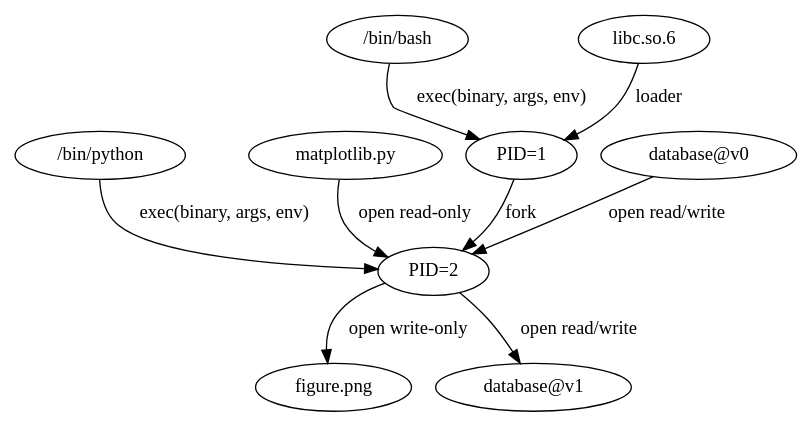
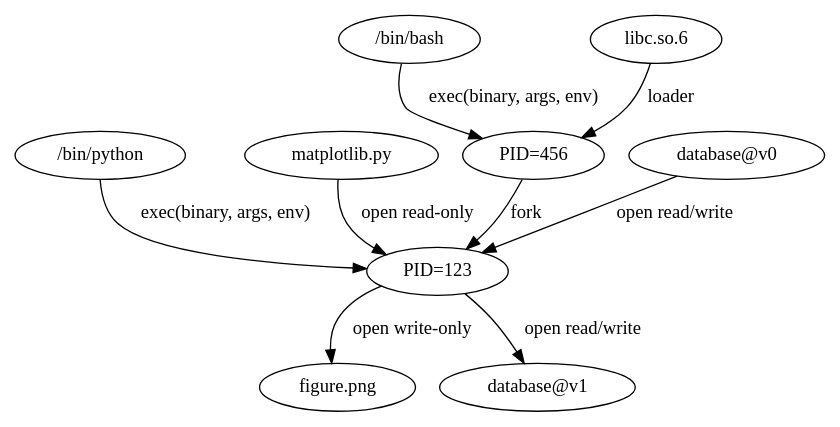
Before and after one commit to charmoniumQ/PROBE: the diagram in docs/benchmark_suite/prov-example.dot, drawn with Graphviz. The commit also changed 5 other files, not shown here.

```diff
--- a/docs/benchmark_suite/prov-example.dot
+++ b/docs/benchmark_suite/prov-example.dot
@@ -1,22 +1,22 @@
 digraph G {
 
   node [label="figure.png"] graph_png;
   node [label="/bin/python"] python;
   node [label="matplotlib.py"] matplotlib;
-  node [label="PID=2"] proc2;
-  node [label="PID=1"] proc1;
+  node [label="PID=123"] proc2;
+  node [label="PID=456"] proc1;
   node [label="/bin/bash"] bash;
   node [label="libc.so.6"] libc;
   node [label="database@v0"] database0;
   node [label="database@v1"] database1;
 
   bash -> proc1 [label="exec(binary, args, env)"];
   libc -> proc1 [label="loader"];
   proc1 -> proc2 [label="fork"];
 
   python -> proc2 [label="exec(binary, args, env)"];
   matplotlib -> proc2 [label="open read-only"];
   database0 -> proc2 [label="open read/write"];
   proc2 -> database1 [label="open read/write"];
   proc2 -> graph_png [label="open write-only"];
 }
```
